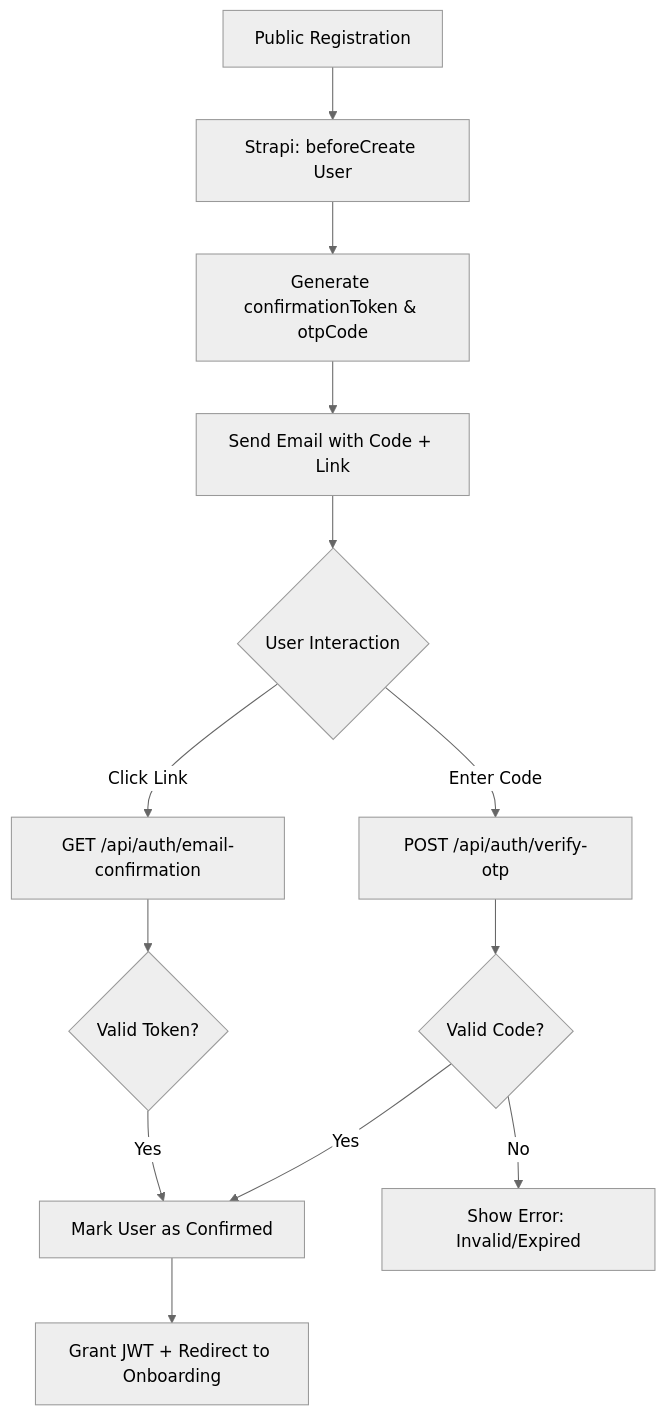
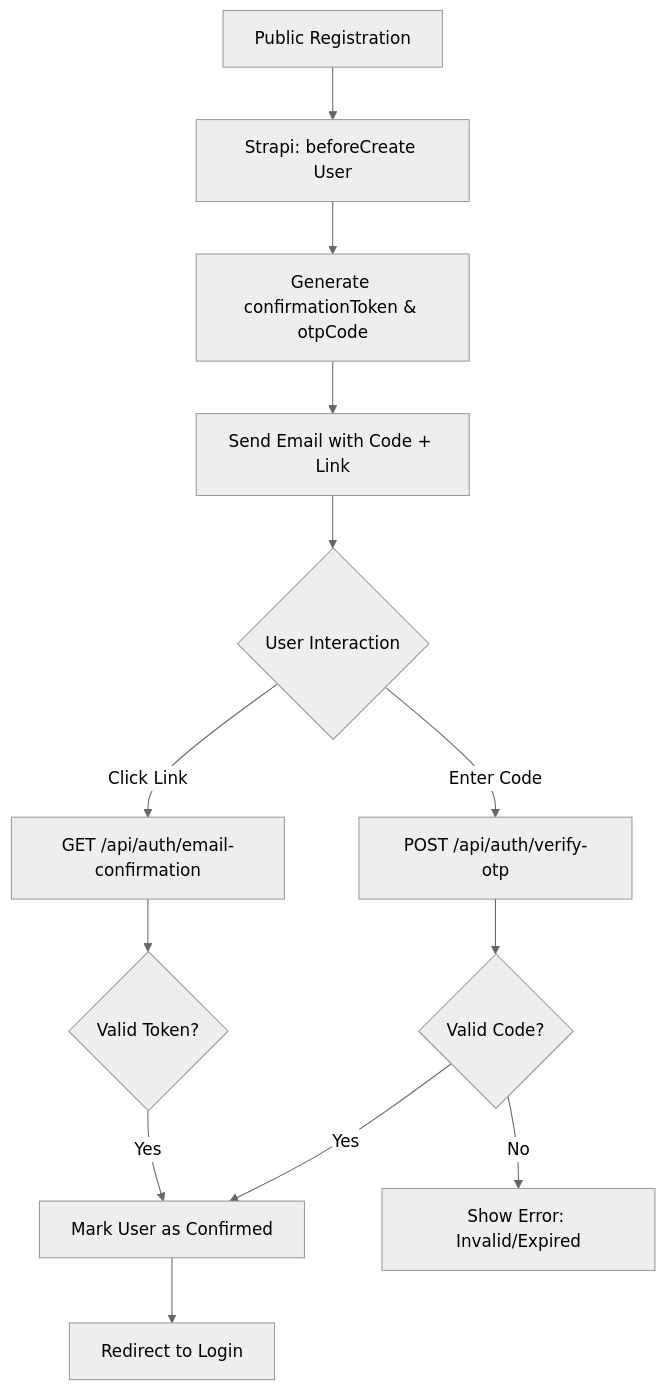
One commit to akvo/science-for-africa changed the diagram in docs/USER_SIGNUP_OTP.md. Above: the diagram before and after it, drawn with Mermaid (neutral theme). The commit also changed other lines of this file, not shown here.

````diff
--- a/docs/USER_SIGNUP_OTP.md
+++ b/docs/USER_SIGNUP_OTP.md
@@ -34,15 +34,15 @@
 ```mermaid
 graph TD
     A[Public Registration] --> B[Strapi: beforeCreate User]
     B --> C[Generate confirmationToken & otpCode]
     C --> D[Send Email with Code + Link]
     D --> E{User Interaction}
     E -->|Enter Code| F[POST /api/auth/verify-otp]
     E -->|Click Link| G[GET /api/auth/email-confirmation]
     F --> H{Valid Code?}
     G --> I{Valid Token?}
     H -->|Yes| J[Mark User as Confirmed]
     I -->|Yes| J
-    J --> K[Grant JWT + Redirect to Onboarding]
+    J --> K[Redirect to Login]
     H -->|No| L[Show Error: Invalid/Expired]
 ```
````
